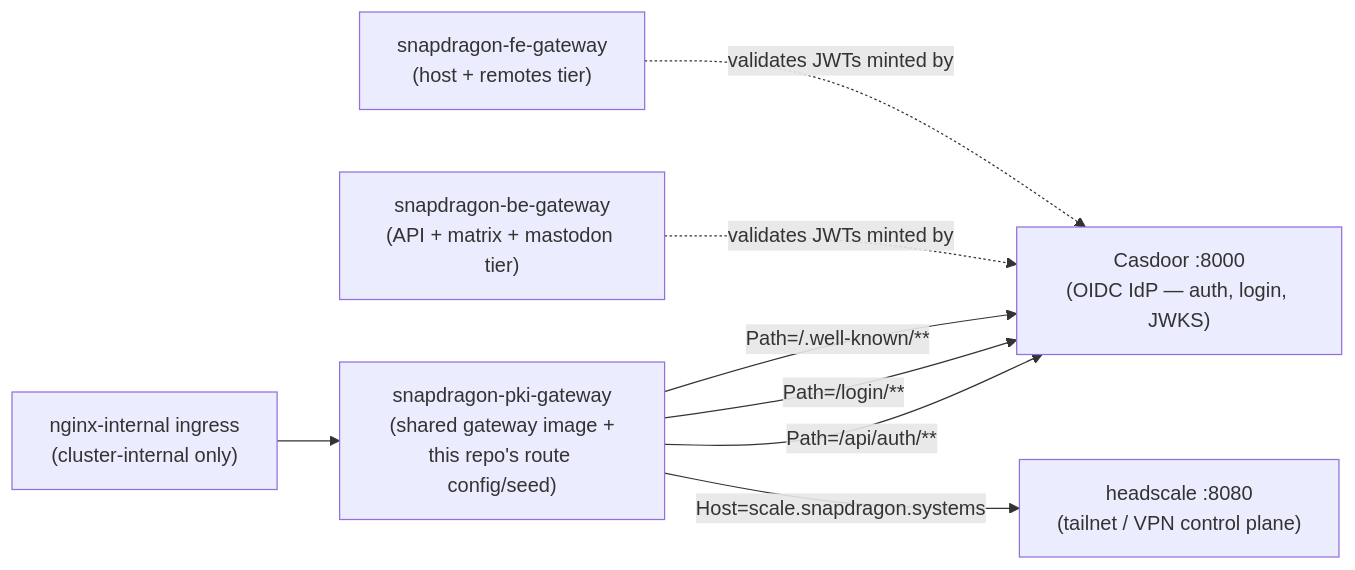
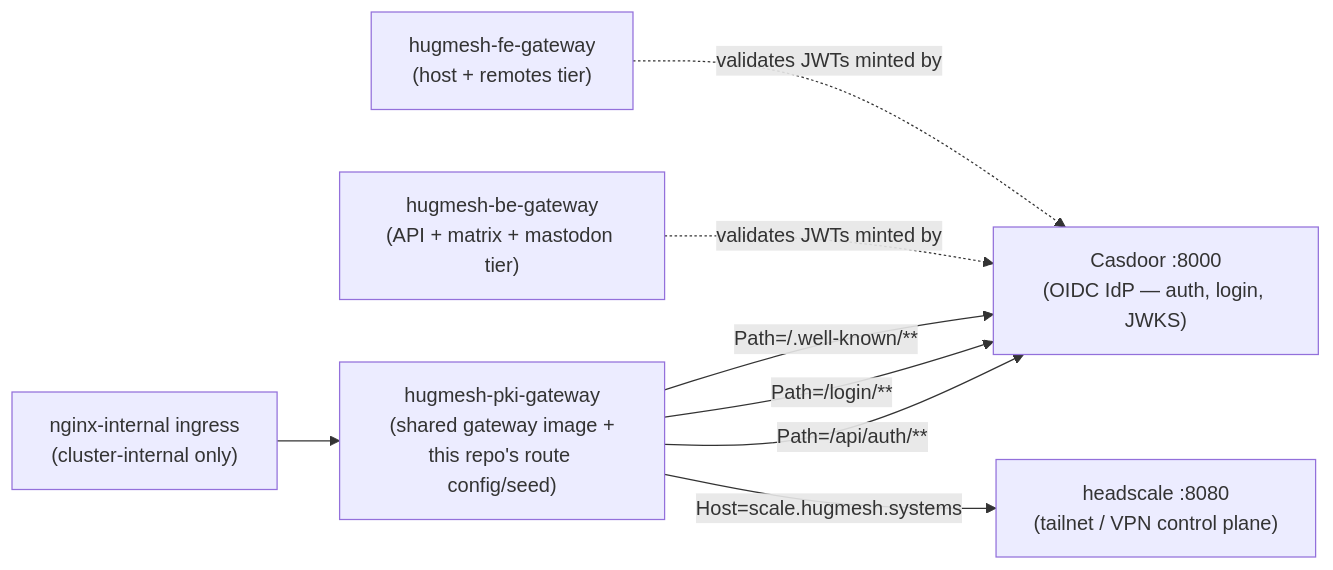
The diagram in README.md (hugmesh/hugmesh-pki-gateway), drawn with Mermaid before and after one commit. The commit also changed other lines of this file and 4 other files, not shown here.

First line of the commit message:
rebrand: Snapdragon -> HugMesh (config/manifests) (#18)

````diff
--- a/README.md
+++ b/README.md
@@ -41,10 +41,10 @@
 ```mermaid
 flowchart LR
-    ingress["nginx-internal ingress<br/>(cluster-internal only)"] --> gw["snapdragon-pki-gateway<br/>(shared gateway image +<br/>this repo's route config/seed)"]
+    ingress["nginx-internal ingress<br/>(cluster-internal only)"] --> gw["hugmesh-pki-gateway<br/>(shared gateway image +<br/>this repo's route config/seed)"]
     gw -->|Path=/api/auth/**| casdoor["Casdoor :8000<br/>(OIDC IdP — auth, login, JWKS)"]
     gw -->|Path=/login/**| casdoor
     gw -->|Path=/.well-known/**| casdoor
-    gw -->|Host=scale.snapdragon.systems| headscale["headscale :8080<br/>(tailnet / VPN control plane)"]
-    beGw["snapdragon-be-gateway<br/>(API + matrix + mastodon tier)"] -.->|validates JWTs minted by| casdoor
-    feGw["snapdragon-fe-gateway<br/>(host + remotes tier)"] -.->|validates JWTs minted by| casdoor
+    gw -->|Host=scale.hugmesh.systems| headscale["headscale :8080<br/>(tailnet / VPN control plane)"]
+    beGw["hugmesh-be-gateway<br/>(API + matrix + mastodon tier)"] -.->|validates JWTs minted by| casdoor
+    feGw["hugmesh-fe-gateway<br/>(host + remotes tier)"] -.->|validates JWTs minted by| casdoor
 ```
````
